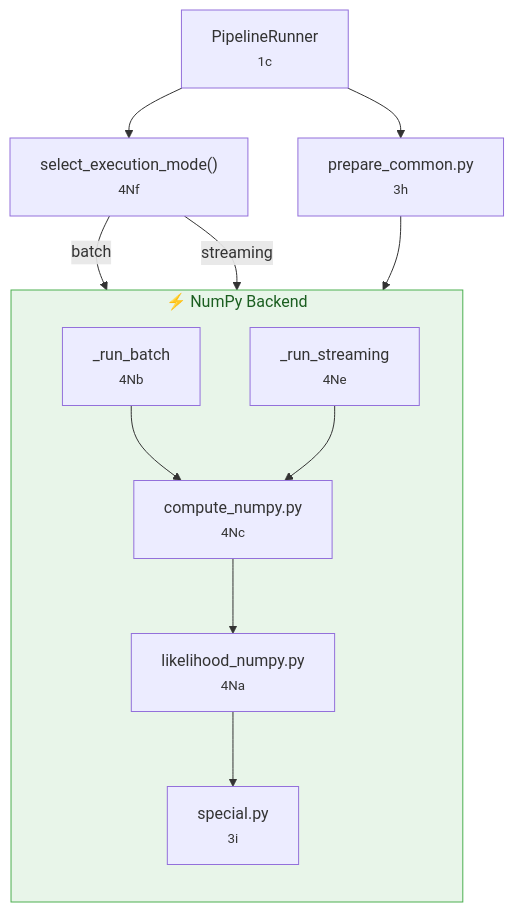
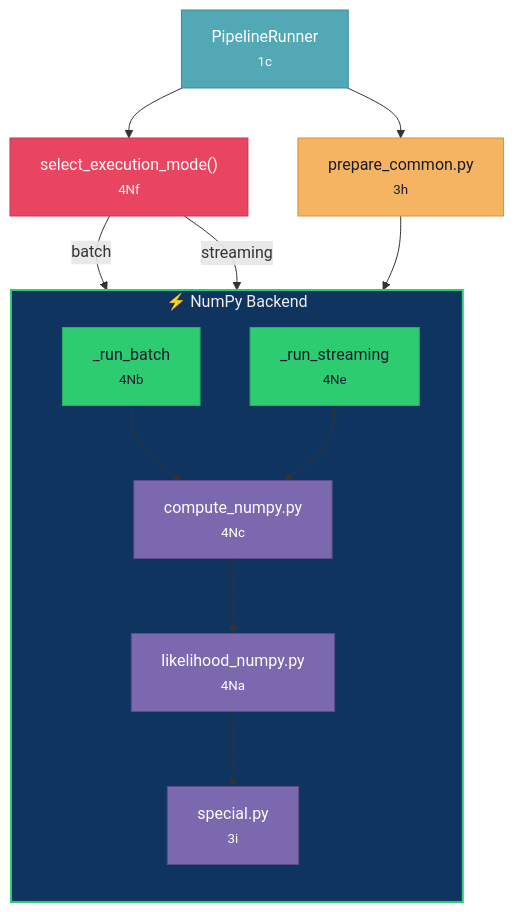
Before and after one commit to michael-denyer/jamma: the fifth of 5 diagrams in docs/CODEMAP.md, drawn with Mermaid. The commit also changed other lines of this file and 3 other files, not shown here.

First line of the commit message:
docs: high contrast mermaid diagrams with layered subgraph architecture

````diff
--- a/docs/CODEMAP.md
+++ b/docs/CODEMAP.md
@@ -421,26 +433,35 @@
 ```mermaid
 flowchart TD
     PIPE["PipelineRunner<br/><small>1c</small>"]
     SEL["select_execution_mode()<br/><small>4Nf</small>"]
     PREP["prepare_common.py<br/><small>3h</small>"]
 
     subgraph NP["⚡ NumPy Backend"]
         direction TB
         BATCH["_run_batch<br/><small>4Nb</small>"]
         STREAM["_run_streaming<br/><small>4Ne</small>"]
         CN["compute_numpy.py<br/><small>4Nc</small>"]
         LN["likelihood_numpy.py<br/><small>4Na</small>"]
         SP["special.py<br/><small>3i</small>"]
     end
 
     PIPE --> SEL
     SEL -->|"batch"| BATCH
     SEL -->|"streaming"| STREAM
     PIPE --> PREP
     PREP --> NP
     BATCH --> CN --> LN
     STREAM --> CN
     LN --> SP
 
-    style NP fill:#e8f5e9,stroke:#4caf50,color:#1b5e20
+    style NP fill:#0f3460,stroke:#2ecc71,color:#eee,stroke-width:2px
+
+    style PIPE fill:#53a8b6,stroke:#3d8a96,color:#fff
+    style SEL fill:#e94560,stroke:#c73550,color:#fff
+    style PREP fill:#f5b461,stroke:#d4943f,color:#1a1a2e
+    style BATCH fill:#2ecc71,stroke:#27ae60,color:#1a1a2e
+    style STREAM fill:#2ecc71,stroke:#27ae60,color:#1a1a2e
+    style CN fill:#7b68ae,stroke:#5a4d8a,color:#fff
+    style LN fill:#7b68ae,stroke:#5a4d8a,color:#fff
+    style SP fill:#7b68ae,stroke:#5a4d8a,color:#fff
 ```
````
